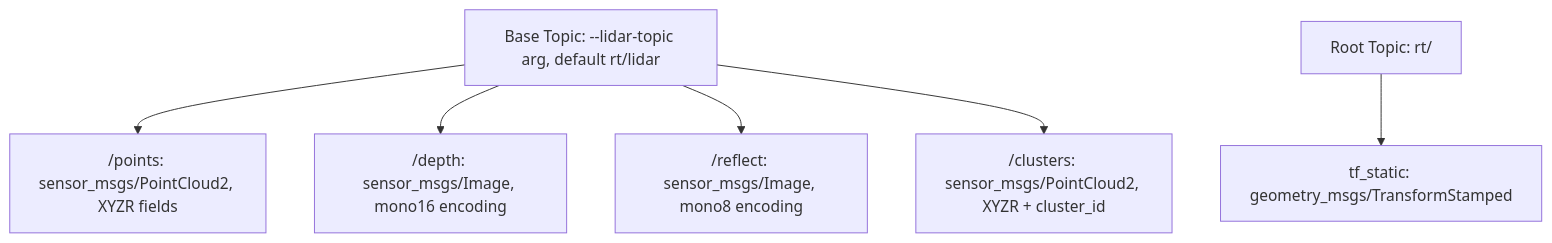
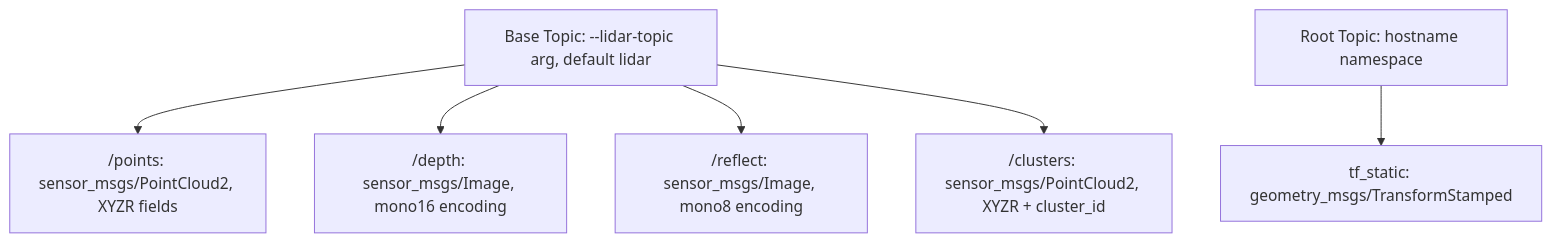
Before and after one commit to EdgeFirstAI/lidarpub: the seventh of 9 diagrams in ARCHITECTURE.md, drawn with Mermaid. The commit also changed other lines of this file and 7 other files, not shown here.

Commit message:
EDGEAI-1396: Use hostname as Zenoh namespace for lidarpub

````diff
--- a/ARCHITECTURE.md
+++ b/ARCHITECTURE.md
@@ -418,11 +418,11 @@
 ```mermaid
 graph TD
-    Base["Base Topic: --lidar-topic arg, default rt/lidar"]
+    Base["Base Topic: --lidar-topic arg, default lidar"]
     
     Base --> Points["/points: sensor_msgs/PointCloud2, XYZR fields"]
     Base --> Depth["/depth: sensor_msgs/Image, mono16 encoding"]
     Base --> Reflect["/reflect: sensor_msgs/Image, mono8 encoding"]
     Base --> Clusters["/clusters: sensor_msgs/PointCloud2, XYZR + cluster_id"]
     
-    Root["Root Topic: rt/"] --> TF["tf_static: geometry_msgs/TransformStamped"]
+    Root["Root Topic: hostname namespace"] --> TF["tf_static: geometry_msgs/TransformStamped"]
 ```
````
